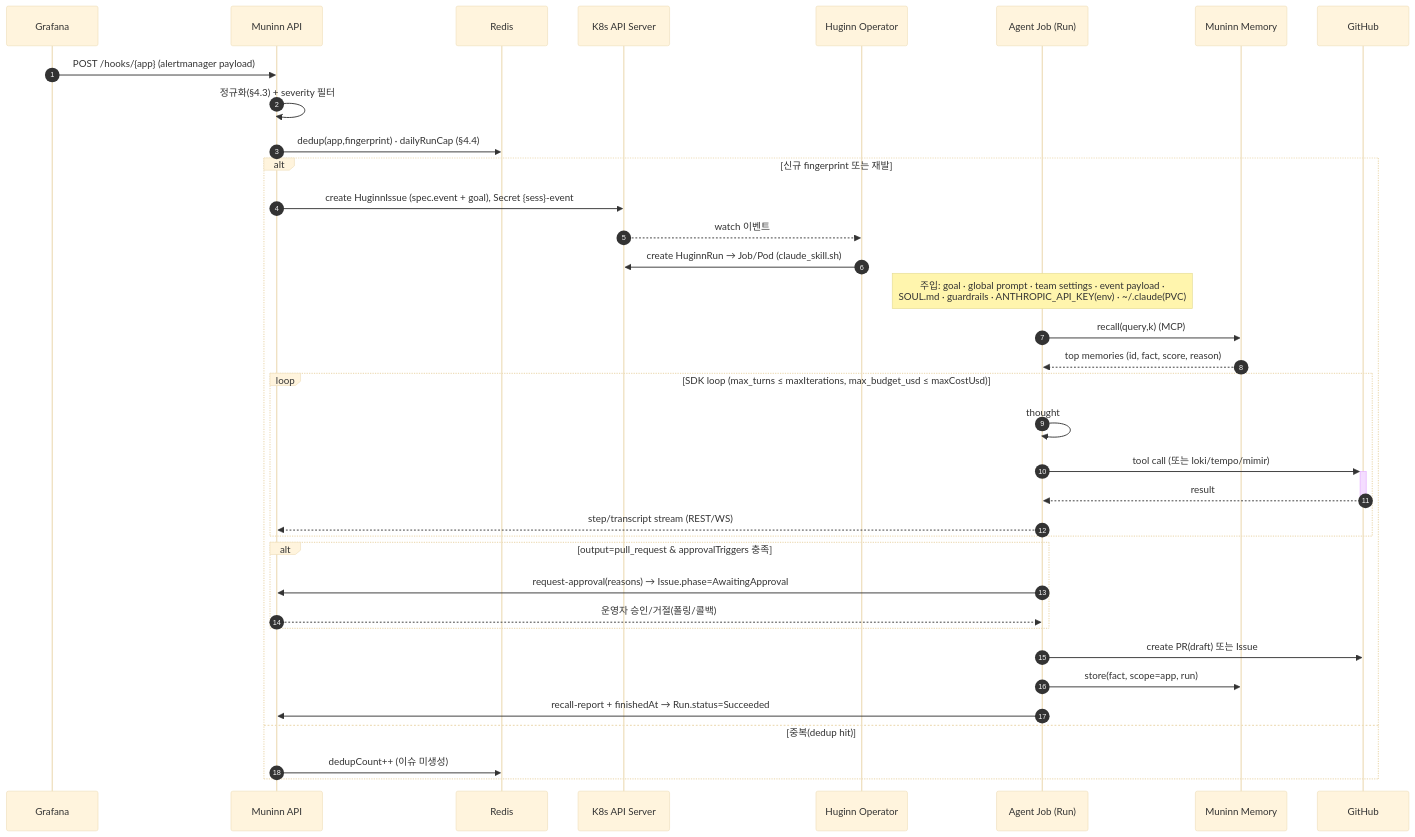
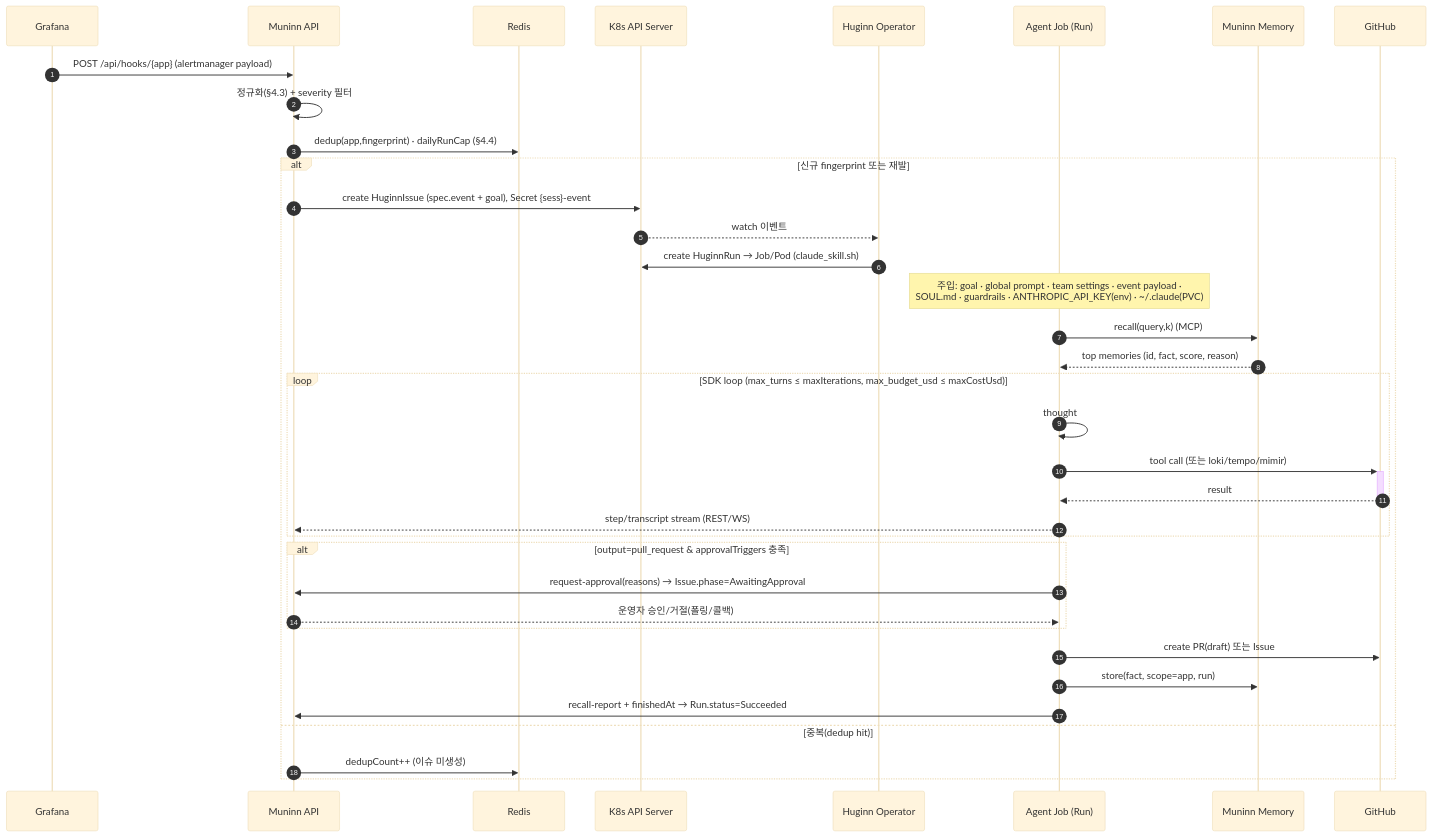
The fourth of 5 diagrams in docs/design/muninn-devops-agent-platform.md (KimSoungRyoul/muninn), drawn with Mermaid (base theme) before and after one commit. The commit also changed other lines of this file and 8 other files, not shown here.

First line of the commit message:
fix(operator): webhookUrl 경로 /api/hooks 정합 (#46) + chore(ci): dependabot 라벨 정리 (#47) (#57)

````diff
--- a/docs/design/muninn-devops-agent-platform.md
+++ b/docs/design/muninn-devops-agent-platform.md
@@ -240,39 +240,39 @@
 ```mermaid
 sequenceDiagram
     autonumber
     participant G as Grafana
     participant API as Muninn API
     participant R as Redis
     participant K as K8s API Server
     participant OP as Huginn Operator
     participant A as Agent Job (Run)
     participant M as Muninn Memory
     participant GH as GitHub
 
-    G->>API: POST /hooks/{app} (alertmanager payload)
+    G->>API: POST /api/hooks/{app} (alertmanager payload)
     API->>API: 정규화(§4.3) + severity 필터
     API->>R: dedup(app,fingerprint) · dailyRunCap (§4.4)
     alt 신규 fingerprint 또는 재발
         API->>K: create HuginnIssue (spec.event + goal), Secret {sess}-event
         K-->>OP: watch 이벤트
         OP->>K: create HuginnRun → Job/Pod (claude_skill.sh)
         Note over A: 주입: goal · global prompt · team settings · event payload ·<br/>SOUL.md · guardrails · ANTHROPIC_API_KEY(env) · ~/.claude(PVC)
         A->>M: recall(query,k) (MCP)
         M-->>A: top memories (id, fact, score, reason)
         loop SDK loop (max_turns ≤ maxIterations, max_budget_usd ≤ maxCostUsd)
             A->>A: thought
             A->>+GH: tool call (또는 loki/tempo/mimir)
             GH-->>-A: result
             A-->>API: step/transcript stream (REST/WS)
         end
         alt output=pull_request & approvalTriggers 충족
             A->>API: request-approval(reasons) → Issue.phase=AwaitingApproval
             API-->>A: 운영자 승인/거절(폴링/콜백)
         end
         A->>GH: create PR(draft) 또는 Issue
         A->>M: store(fact, scope=app, run)
         A->>API: recall-report + finishedAt → Run.status=Succeeded
     else 중복(dedup hit)
         API->>R: dedupCount++ (이슈 미생성)
     end
 ```
````
